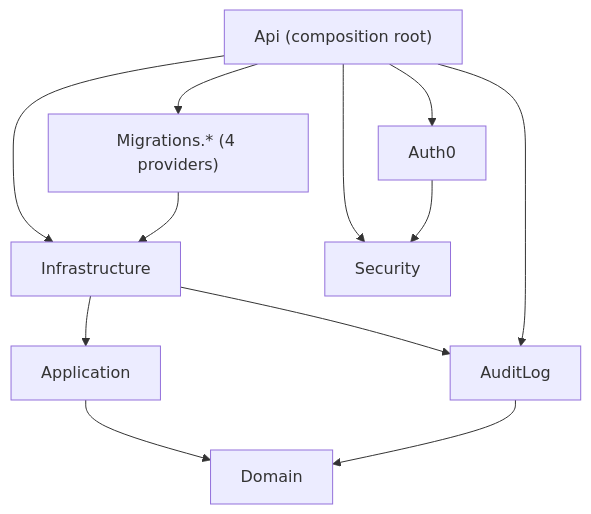
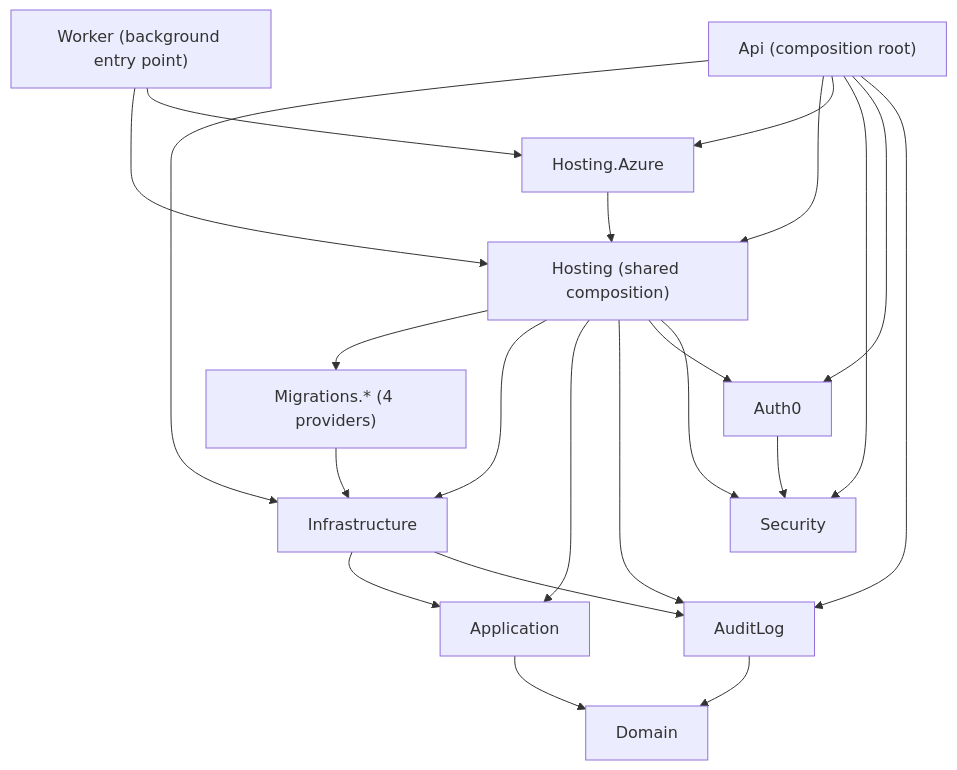
Before and after one commit to handballbelgium-referees/ref-test-management: the diagram in docs/PROJECT-STRUCTURE.md, drawn with Mermaid. The commit also changed other lines of this file and 145 other files, not shown here.

````diff
--- a/docs/PROJECT-STRUCTURE.md
+++ b/docs/PROJECT-STRUCTURE.md
@@ -53,14 +57,24 @@
 ```mermaid
 flowchart TB
     Api["Api (composition root)"] --> Infrastructure
-    Api --> Migrations["Migrations.* (4 providers)"]
+    Api --> Hosting["Hosting (shared composition)"]
+    Worker["Worker (background entry point)"] --> Hosting
+    Api --> AzureHosting["Hosting.Azure"]
+    Worker --> AzureHosting
+    AzureHosting --> Hosting
+    Hosting --> Migrations["Migrations.* (4 providers)"]
+    Hosting --> Infrastructure
+    Hosting --> Application
+    Hosting --> AuditLog
+    Hosting --> Auth0
+    Hosting --> Security
     Api --> Security
     Api --> Auth0
     Api --> AuditLog
     Migrations --> Infrastructure
     Infrastructure --> Application
     Infrastructure --> AuditLog
     Application --> Domain
     AuditLog --> Domain
     Auth0 --> Security
 ```
````
